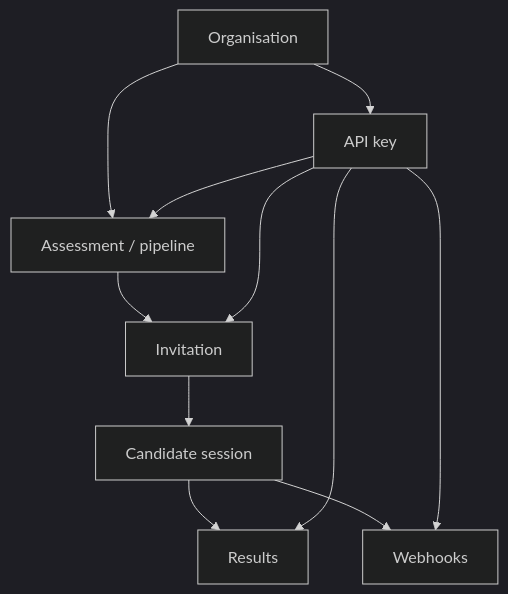
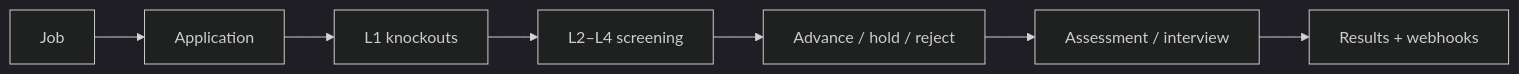
The diagram in guides/about.mdx (praxicraft-platform/praxicraft-assess-docs), drawn with Mermaid (dark theme) before and after one commit. The commit also changed other lines of this file and 17 other files, not shown here.

First line of the commit message:
docs: hiring workspace Product tab, jobs/screening/CRM API guides

````diff
--- a/guides/about.mdx
+++ b/guides/about.mdx
@@ -18,20 +26,9 @@
 ```mermaid
-flowchart TB
- Org["Organisation"]
- Key["API key"]
- Assess["Assessment / pipeline"]
- Invite["Invitation"]
- Session["Candidate session"]
- Result["Results"]
- Hook["Webhooks"]
- Org --> Key
- Org --> Assess
- Assess --> Invite
- Invite --> Session
- Session --> Result
- Session --> Hook
- Key --> Assess
- Key --> Invite
- Key --> Result
- Key --> Hook
+flowchart LR
+  Job["Job"] --> Apply["Application"]
+  Apply --> L1["L1 knockouts"]
+  L1 --> Screen["L2–L4 screening"]
+  Screen --> Decide["Advance / hold / reject"]
+  Decide --> Assess["Assessment / interview"]
+  Assess --> Result["Results + webhooks"]
 ```
````
